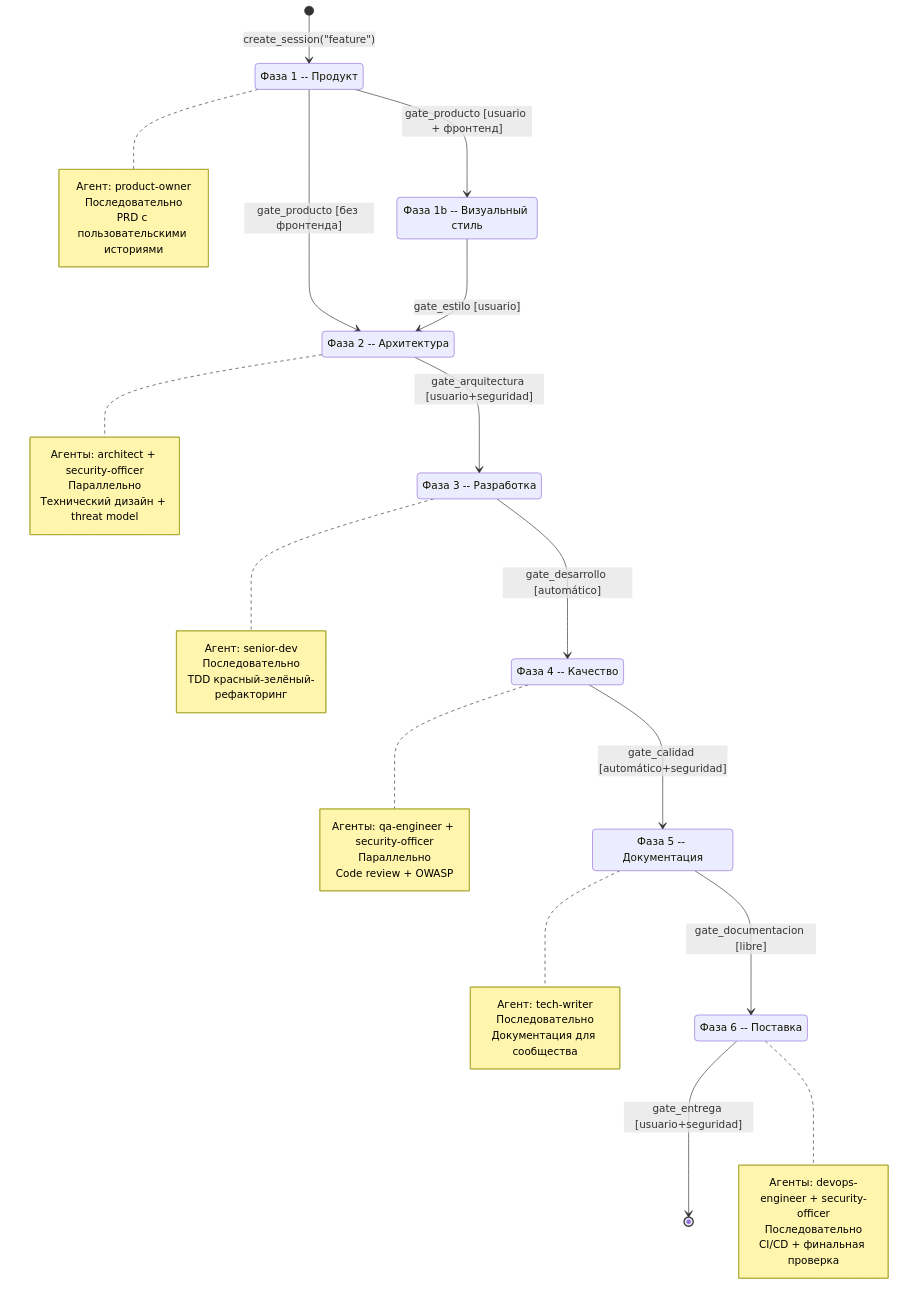
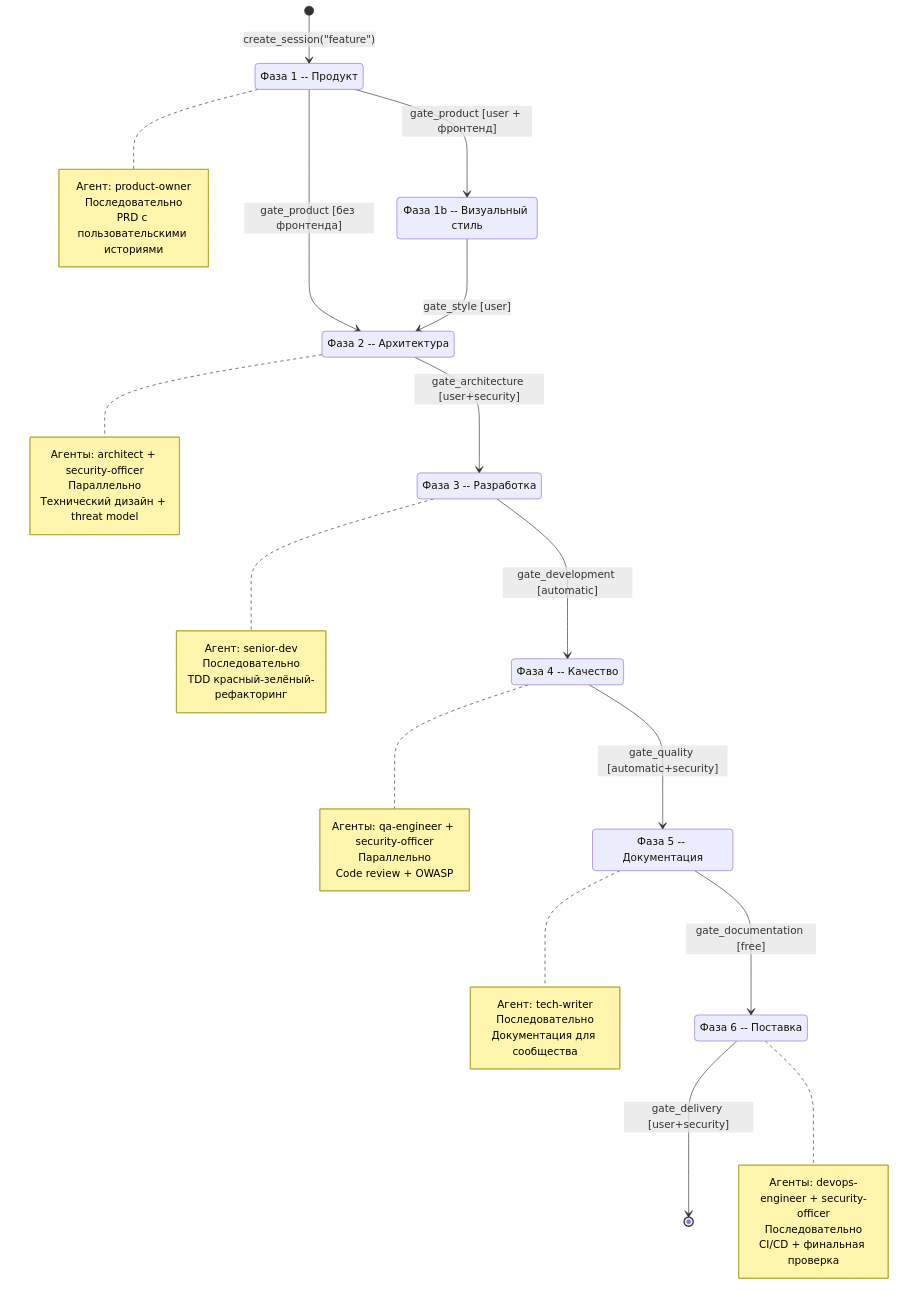
The first of 7 diagrams in docs/flows.md (grigoriev/alfred-dev), drawn with Mermaid before and after one commit. The commit also changed other lines of this file and 106 other files, not shown here.

````diff
--- a/docs/flows.md
+++ b/docs/flows.md
@@ -194,59 +194,59 @@
 ```mermaid
 stateDiagram-v2
     direction TB
 
-    [*] --> producto: create_session("feature")
+    [*] --> product: create_session("feature")
 
-    state "Фаза 1 -- Продукт" as producto
-    state "Фаза 1b -- Визуальный стиль" as estilo_visual
-    state "Фаза 2 -- Архитектура" as arquitectura
-    state "Фаза 3 -- Разработка" as desarrollo
-    state "Фаза 4 -- Качество" as calidad
-    state "Фаза 5 -- Документация" as documentación
-    state "Фаза 6 -- Поставка" as entrega
+    state "Фаза 1 -- Продукт" as product
+    state "Фаза 1b -- Визуальный стиль" as visual_style
+    state "Фаза 2 -- Архитектура" as architecture
+    state "Фаза 3 -- Разработка" as development
+    state "Фаза 4 -- Качество" as quality
+    state "Фаза 5 -- Документация" as documentation
+    state "Фаза 6 -- Поставка" as delivery
 
-    producto --> estilo_visual: gate_producto [usuario + фронтенд]
-    producto --> arquitectura: gate_producto [без фронтенда]
-    estilo_visual --> arquitectura: gate_estilo [usuario]
-    arquitectura --> desarrollo: gate_arquitectura [usuario+seguridad]
-    desarrollo --> calidad: gate_desarrollo [automático]
-    calidad --> documentación: gate_calidad [automático+seguridad]
-    documentación --> entrega: gate_documentacion [libre]
-    entrega --> [*]: gate_entrega [usuario+seguridad]
+    product --> visual_style: gate_product [user + фронтенд]
+    product --> architecture: gate_product [без фронтенда]
+    visual_style --> architecture: gate_style [user]
+    architecture --> development: gate_architecture [user+security]
+    development --> quality: gate_development [automatic]
+    quality --> documentation: gate_quality [automatic+security]
+    documentation --> delivery: gate_documentation [free]
+    delivery --> [*]: gate_delivery [user+security]
 
-    note right of producto
+    note right of product
         Агент: product-owner
         Последовательно
         PRD с пользовательскими историями
     end note
 
-    note right of arquitectura
+    note right of architecture
         Агенты: architect + security-officer
         Параллельно
         Технический дизайн + threat model
     end note
 
-    note right of desarrollo
+    note right of development
         Агент: senior-dev
         Последовательно
         TDD красный-зелёный-рефакторинг
     end note
 
-    note right of calidad
+    note right of quality
         Агенты: qa-engineer + security-officer
         Параллельно
         Code review + OWASP
     end note
 
-    note right of documentación
+    note right of documentation
         Агент: tech-writer
         Последовательно
         Документация для сообщества
     end note
 
-    note right of entrega
+    note right of delivery
         Агенты: devops-engineer + security-officer
         Последовательно
         CI/CD + финальная проверка
     end note
 ```
````
